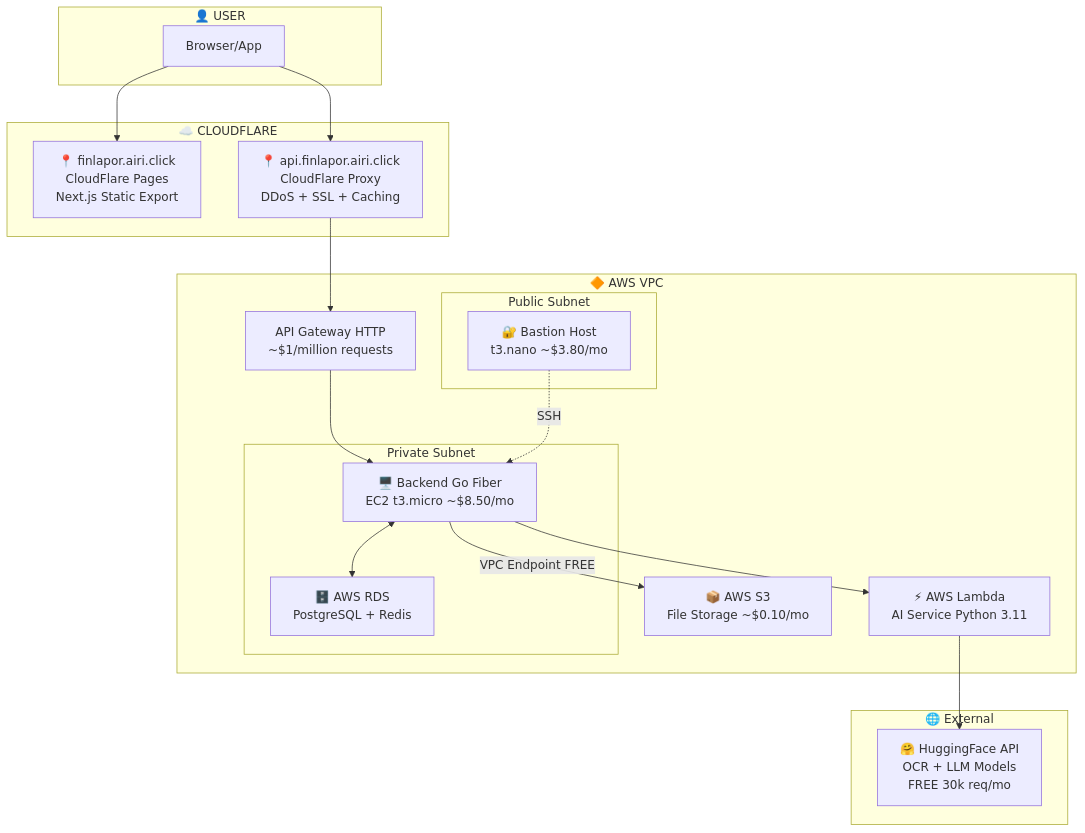
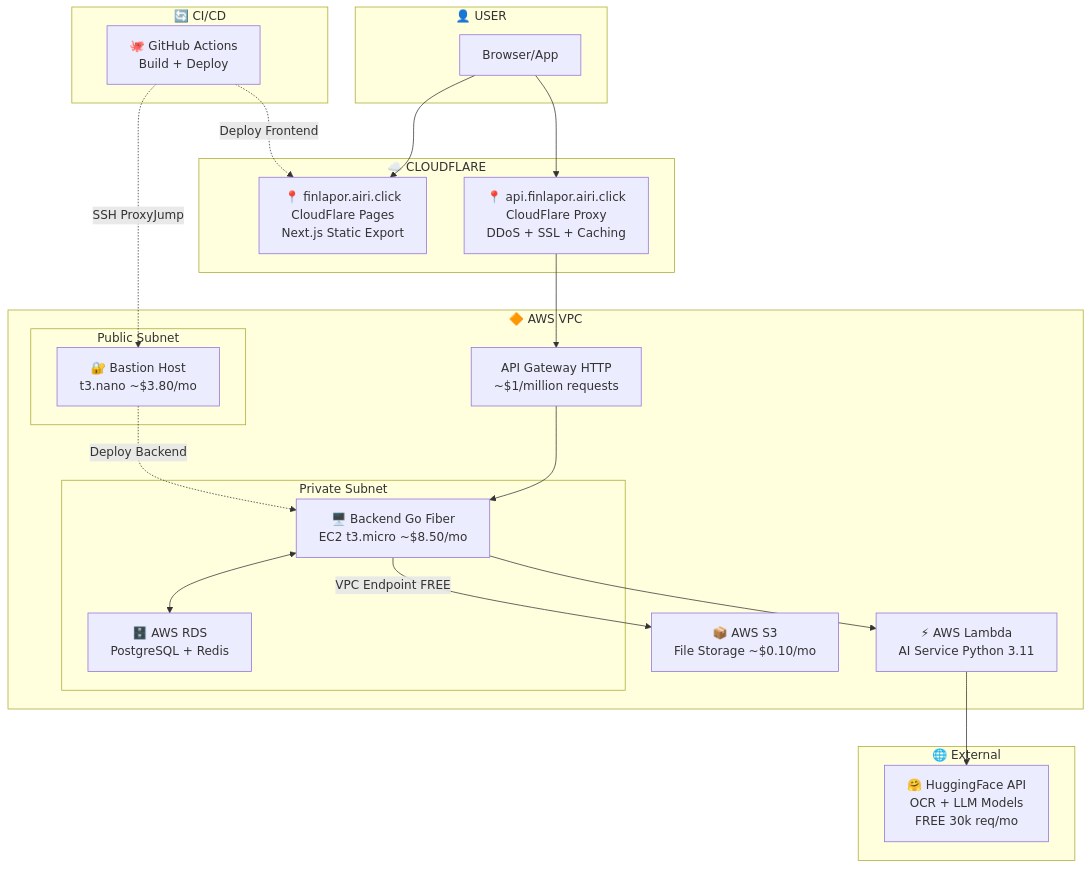
The first of 9 diagrams in docs/architecture.md (aan-andiyanaS/finlapor), drawn with Mermaid before and after one commit.

Commit message:
change style architectur

````diff
--- a/docs/architecture.md
+++ b/docs/architecture.md
@@ -9,41 +9,52 @@
 ```mermaid
 flowchart TB
+    subgraph CICD["🔄 CI/CD"]
+        GitHub["🐙 GitHub Actions<br/>Build + Deploy"]
+    end
+
     subgraph User["👤 USER"]
         Browser["Browser/App"]
     end
 
     subgraph CloudFlare["☁️ CLOUDFLARE"]
         CFPages["📍 finlapor.airi.click<br/>CloudFlare Pages<br/>Next.js Static Export"]
         CFProxy["📍 api.finlapor.airi.click<br/>CloudFlare Proxy<br/>DDoS + SSL + Caching"]
     end
 
     subgraph AWS["🔶 AWS VPC"]
         APIGateway["API Gateway HTTP<br/>~$1/million requests"]
         
         subgraph PublicSubnet["Public Subnet"]
             Bastion["🔐 Bastion Host<br/>t3.nano ~$3.80/mo"]
         end
         
         subgraph PrivateSubnet["Private Subnet"]
             Backend["🖥️ Backend Go Fiber<br/>EC2 t3.micro ~$8.50/mo"]
             RDS["🗄️ AWS RDS<br/>PostgreSQL + Redis"]
         end
         
         Lambda["⚡ AWS Lambda<br/>AI Service Python 3.11"]
         S3["📦 AWS S3<br/>File Storage ~$0.10/mo"]
     end
 
     subgraph External["🌐 External"]
         HuggingFace["🤗 HuggingFace API<br/>OCR + LLM Models<br/>FREE 30k req/mo"]
     end
 
+    %% User Flow
     Browser --> CFPages
     Browser --> CFProxy
     CFProxy --> APIGateway
     APIGateway --> Backend
-    Bastion -.->|SSH| Backend
+    
+    %% CI/CD Flow
+    GitHub -.->|Deploy Frontend| CFPages
+    GitHub -.->|SSH ProxyJump| Bastion
+    Bastion -.->|Deploy Backend| Backend
+    
+    %% Internal connections
     Backend <--> RDS
     Backend --> Lambda
     Backend -->|VPC Endpoint FREE| S3
     Lambda --> HuggingFace
 ```
````
